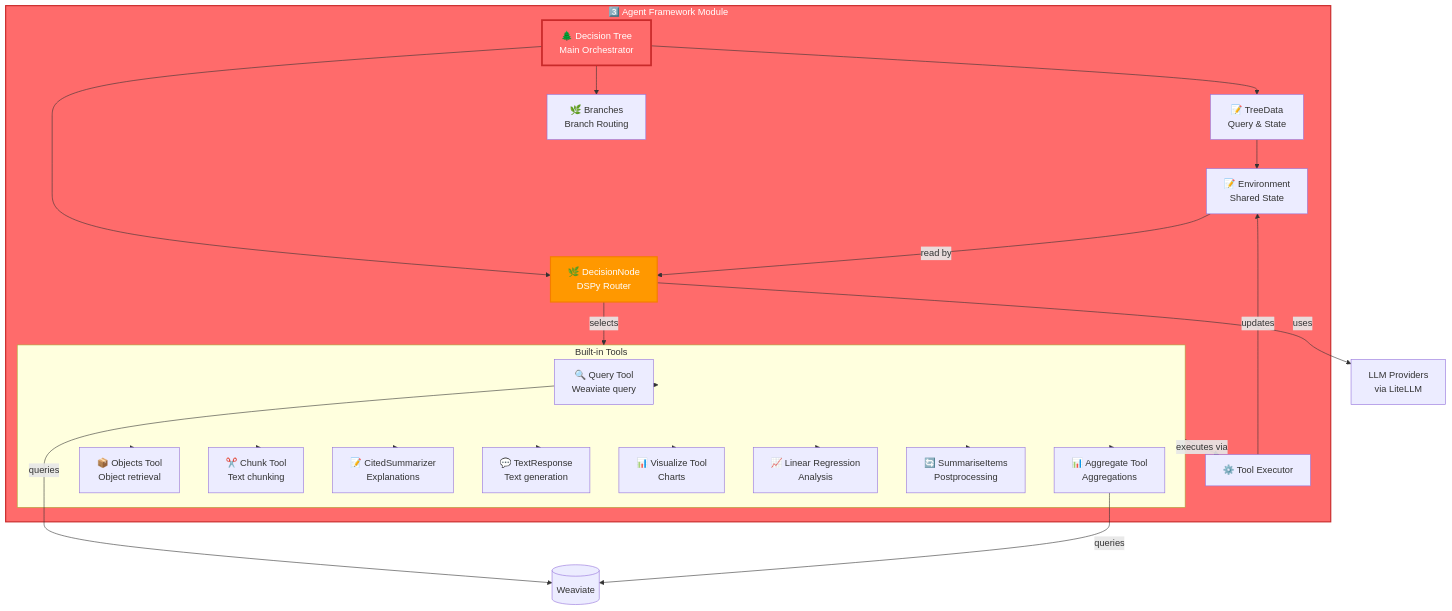
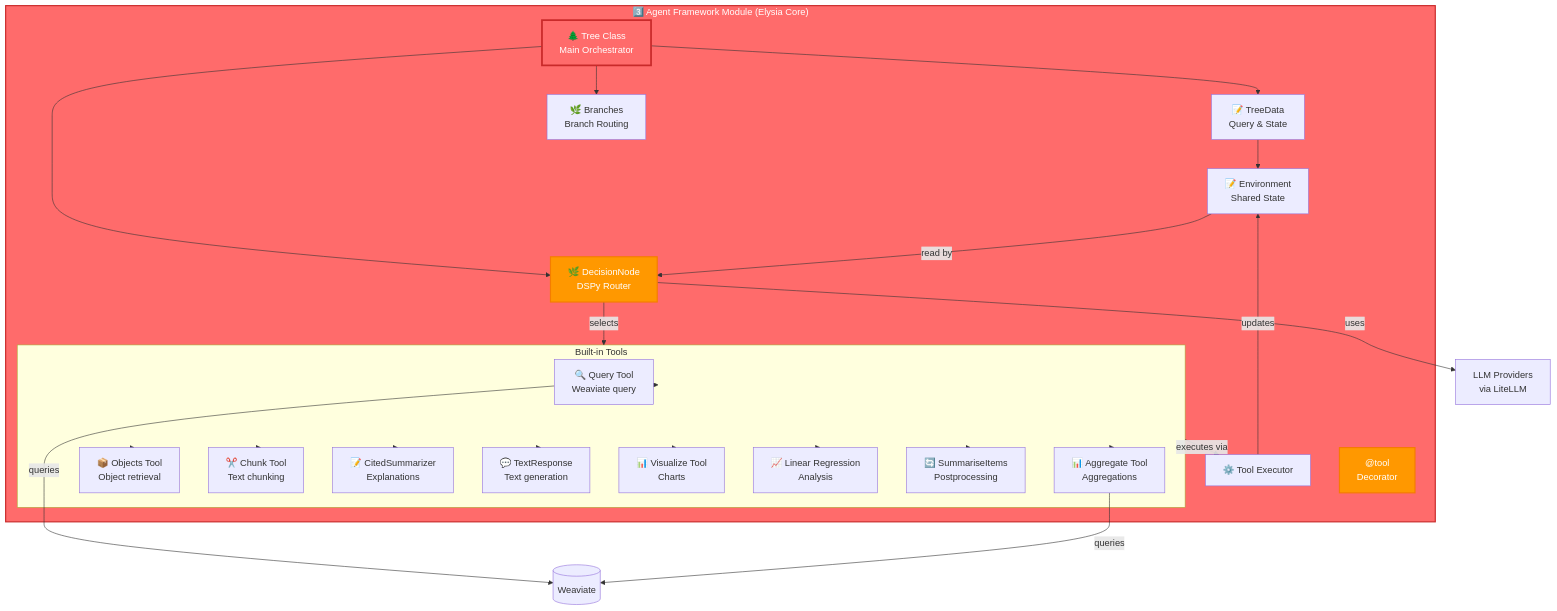
Before and after one commit to NCHzzz/MealAgent_Project: the third of 7 diagrams in docs/ai/design/module_architectures.md, drawn with Mermaid. The commit also changed other lines of this file and 1 other file, not shown here.

First line of the commit message:
Update architecture documentation for MealAgent and Agent Framework

````diff
--- a/docs/ai/design/module_architectures.md
+++ b/docs/ai/design/module_architectures.md
@@ -180,49 +180,51 @@
 ```mermaid
 graph TB
-    subgraph Agent["3️⃣ Agent Framework Module"]
-        Tree["🌲 Decision Tree<br/>Main Orchestrator"]
+    subgraph Agent["3️⃣ Agent Framework Module (Elysia Core)"]
+        Tree["🌲 Tree Class<br/>Main Orchestrator"]
         TreeData["📝 TreeData<br/>Query & State"]
         Environment["📝 Environment<br/>Shared State"]
         Branches["🌿 Branches<br/>Branch Routing"]
         DecisionNode["🌿 DecisionNode<br/>DSPy Router"]
         
         subgraph Tools["Built-in Tools"]
             ToolQuery["🔍 Query Tool<br/>Weaviate query"]
             ToolAggregate["📊 Aggregate Tool<br/>Aggregations"]
             ToolObjects["📦 Objects Tool<br/>Object retrieval"]
             ToolChunk["✂️ Chunk Tool<br/>Text chunking"]
             ToolCitedSummarizer["📝 CitedSummarizer<br/>Explanations"]
             ToolTextResponse["💬 TextResponse<br/>Text generation"]
             ToolVisualize["📊 Visualize Tool<br/>Charts"]
             ToolRegression["📈 Linear Regression<br/>Analysis"]
             ToolSummarise["🔄 SummariseItems<br/>Postprocessing"]
         end
         
         ToolExecutor["⚙️ Tool Executor"]
+        ToolDecorator["@tool<br/>Decorator"]
     end
     
     Tree --> TreeData
     TreeData --> Environment
     Tree --> Branches
     Tree --> DecisionNode
     DecisionNode -->|"selects"| Tools
     Tools --> ToolQuery
     Tools --> ToolAggregate
     Tools --> ToolObjects
     Tools --> ToolChunk
     Tools --> ToolCitedSummarizer
     Tools --> ToolTextResponse
     Tools --> ToolVisualize
     Tools --> ToolRegression
     Tools --> ToolSummarise
     Tools -->|"executes via"| ToolExecutor
     ToolExecutor -->|"updates"| Environment
     Environment -->|"read by"| DecisionNode
     DecisionNode -->|"uses"| LLM["LLM Providers<br/>via LiteLLM"]
     ToolQuery -->|"queries"| Weaviate[("Weaviate")]
     ToolAggregate -->|"queries"| Weaviate
     
     style Agent fill:#ff6b6b,stroke:#c92a2a,stroke-width:2px,color:#fff
     style DecisionNode fill:#ff9800,stroke:#f57c00,stroke-width:2px,color:#fff
     style Tree fill:#ff6b6b,stroke:#c92a2a,stroke-width:3px,color:#fff
+    style ToolDecorator fill:#ff9800,stroke:#f57c00,stroke-width:2px,color:#fff
 ```
````
